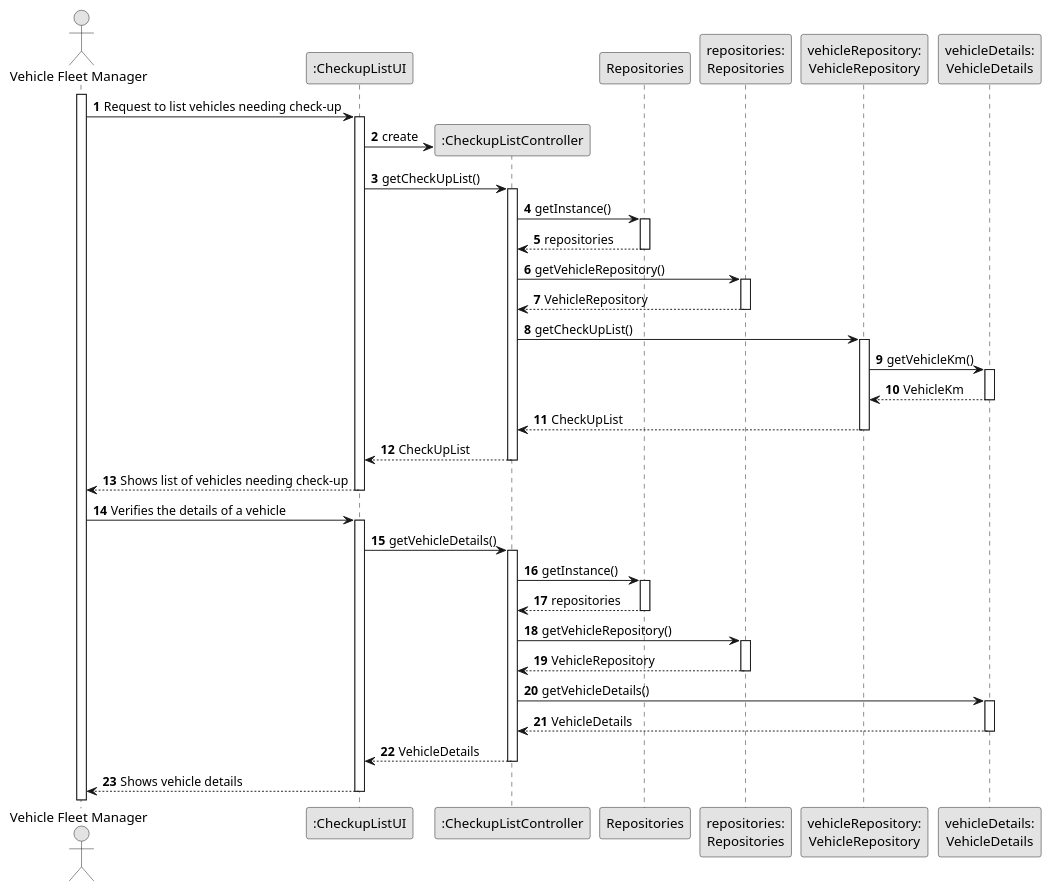
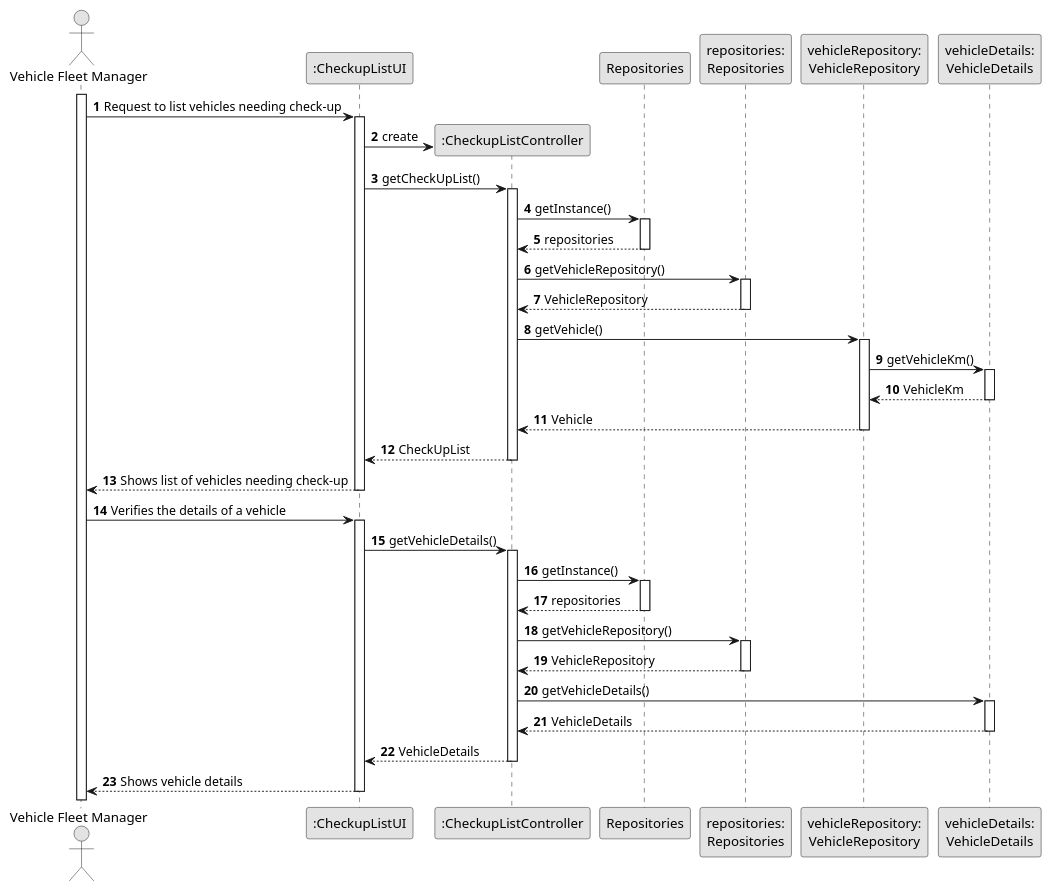
One commit to Departamento-de-Engenharia-Informatica/lei-24-s2-1df-1de-g063 changed the diagram in Sprint B/docs/SprintB/us008/03.design/puml/us008-sequence-diagram-full.puml. Above: the diagram before and after it, drawn with PlantUML. The commit also changed 8 other files, not shown here.

```diff
--- a/Sprint B/docs/SprintB/us008/03.design/puml/us008-sequence-diagram-full.puml
+++ b/Sprint B/docs/SprintB/us008/03.design/puml/us008-sequence-diagram-full.puml
@@ -1,86 +1,86 @@
 @startuml
 skinparam monochrome true
 skinparam packageStyle rectangle
 skinparam shadowing false
 
 autonumber
 
 'hide footbox
 actor "Vehicle Fleet Manager" as VFM
 participant ":CheckupListUI" as UI
 participant ":CheckupListController" as CTRL
 participant "Repositories" as Rep
 participant "repositories:\nRepositories" as Repositories
 participant "vehicleRepository:\nVehicleRepository" as VehicleRepository
 participant "vehicleDetails:\nVehicleDetails" as VehicleDetails
 
 activate VFM
 
 VFM -> UI : Request to list vehicles needing check-up
 
     activate UI
 
         UI -> CTRL** : create
 
         UI -> CTRL : getCheckUpList()
         activate CTRL
 
             CTRL -> Rep : getInstance()
             activate Rep
 
                 Rep --> CTRL : repositories
             deactivate Rep
 
             CTRL -> Repositories : getVehicleRepository()
             activate Repositories
 
             Repositories --> CTRL : VehicleRepository
             deactivate Repositories
 
 
-            CTRL -> VehicleRepository : getCheckUpList()
+            CTRL -> VehicleRepository : getVehicle()
             activate VehicleRepository
 
                 VehicleRepository -> VehicleDetails : getVehicleKm()
                 activate VehicleDetails
 
                 VehicleDetails --> VehicleRepository : VehicleKm
                 deactivate VehicleDetails
 
-            VehicleRepository --> CTRL : CheckUpList
+            VehicleRepository --> CTRL : Vehicle
             deactivate VehicleRepository
 
             CTRL --> UI : CheckUpList
         deactivate CTRL
 
         UI --> VFM : Shows list of vehicles needing check-up
 
         deactivate UI
         VFM -> UI : Verifies the details of a vehicle
         activate UI
 
         UI -> CTRL : getVehicleDetails()
         activate CTRL
 
             CTRL -> Rep : getInstance()
             activate Rep
 
                 Rep --> CTRL : repositories
             deactivate Rep
             CTRL -> Repositories : getVehicleRepository()
             activate Repositories
 
                 Repositories --> CTRL : VehicleRepository
             deactivate Repositories
 
             CTRL -> VehicleDetails : getVehicleDetails()
             activate VehicleDetails
 
                 VehicleDetails --> CTRL : VehicleDetails
             deactivate VehicleDetails
             CTRL --> UI : VehicleDetails
         deactivate CTRL
         UI --> VFM : Shows vehicle details
     deactivate UI
 
 @enduml
```
